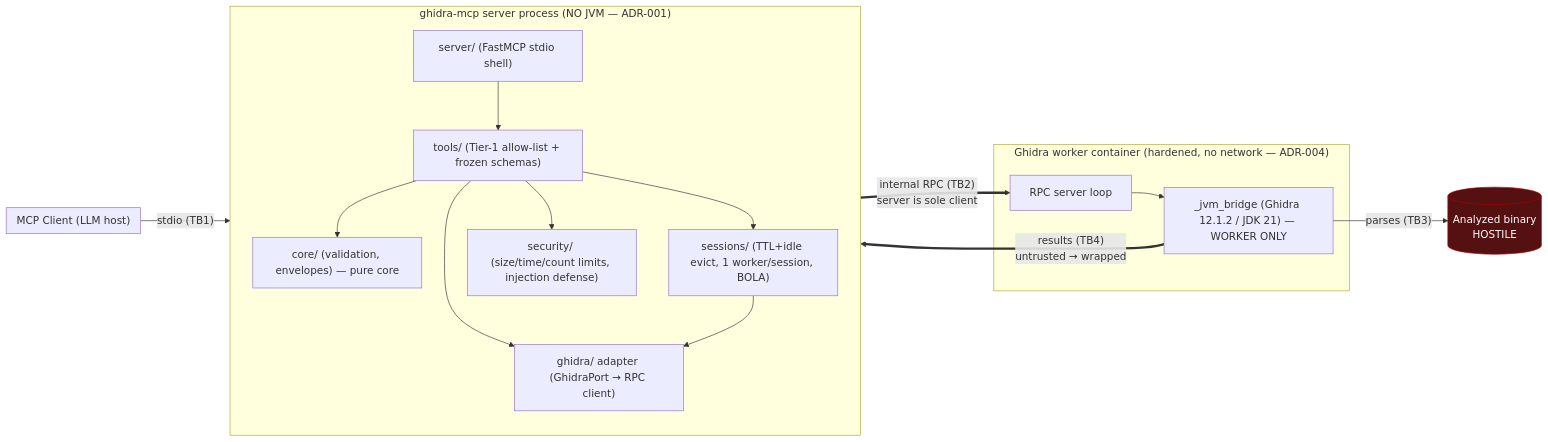
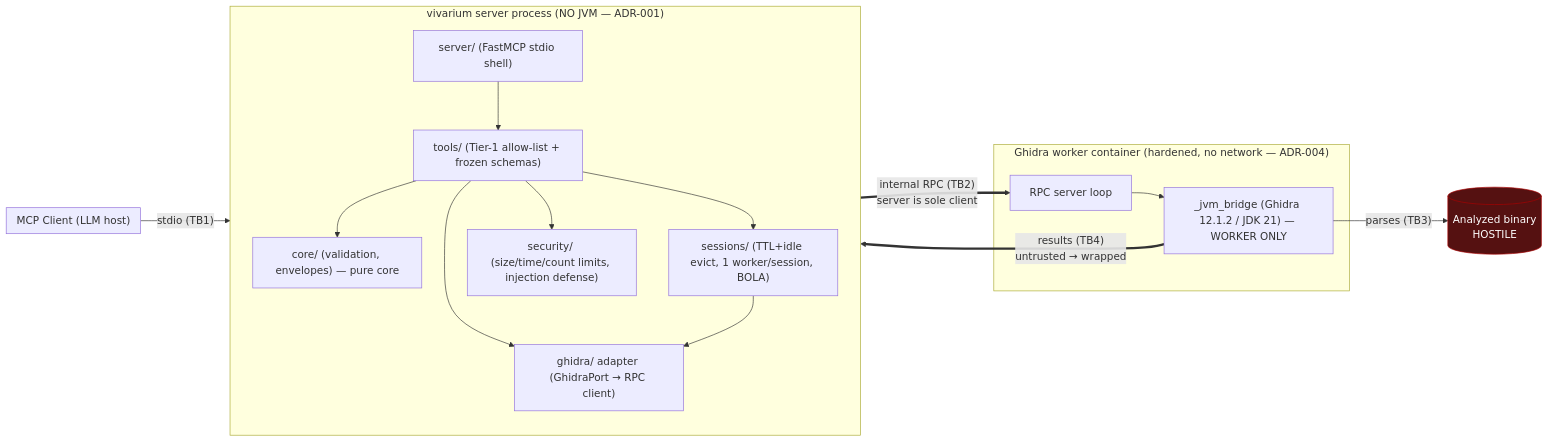
One commit to 0xb007ab1e/vivarium-mcp changed the second of 2 diagrams in docs/architecture.md. Above: the diagram before and after it, drawn with Mermaid. The commit also changed other lines of this file and 181 other files, not shown here.

First line of the commit message:
refactor!: rename project ghidra-mcp -> Vivarium (ADR-038) (#115)

````diff
--- a/docs/architecture.md
+++ b/docs/architecture.md
@@ -48,30 +48,30 @@
 ```mermaid
 flowchart LR
   subgraph CLIENT["MCP Client (LLM host)"]
   end
-  subgraph SERVER["ghidra-mcp server process (NO JVM — ADR-001)"]
+  subgraph SERVER["vivarium server process (NO JVM — ADR-001)"]
     direction TB
     SH["server/ (FastMCP stdio shell)"]
     TL["tools/ (Tier-1 allow-list + frozen schemas)"]
     CO["core/ (validation, envelopes) — pure core"]
     SM["sessions/ (TTL+idle evict, 1 worker/session, BOLA)"]
     SEC["security/ (size/time/count limits, injection defense)"]
     AD["ghidra/ adapter (GhidraPort → RPC client)"]
     SH --> TL --> CO
     TL --> SM
     TL --> SEC
     TL --> AD
     SM --> AD
   end
   subgraph WORKER["Ghidra worker container (hardened, no network — ADR-004)"]
     RPC["RPC server loop"]
     JVM["_jvm_bridge (Ghidra 12.1.2 / JDK 21) — WORKER ONLY"]
     RPC --> JVM
   end
   BIN[("Analyzed binary\nHOSTILE")]:::hostile
   CLIENT -- "stdio (TB1)" --> SH
   AD == "internal RPC (TB2)\nserver is sole client" ==> RPC
   JVM -- "parses (TB3)" --> BIN
   JVM == "results (TB4)\nuntrusted → wrapped" ==> AD
   classDef hostile fill:#511,stroke:#a00,color:#fff;
 ```
````
